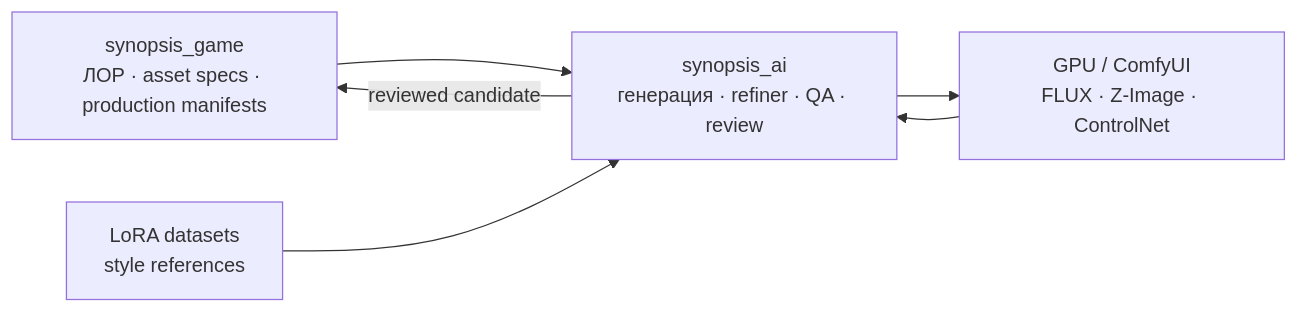
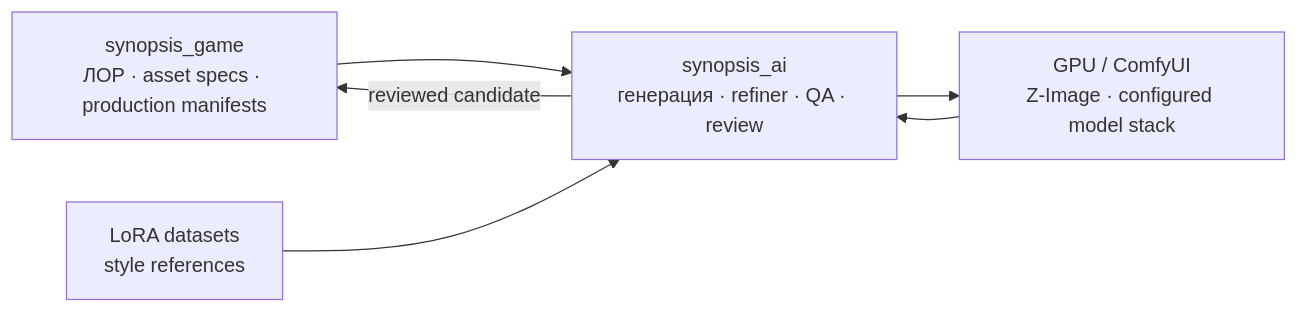
The third of 3 diagrams in README.md (f2re/synopsis_ai), drawn with Mermaid before and after one commit. The commit also changed other lines of this file, not shown here.

````diff
--- a/README.md
+++ b/README.md
@@ -375,13 +376,13 @@
 ```mermaid
 flowchart LR
     G["synopsis_game\nЛОР · asset specs · production manifests"]
     AI["synopsis_ai\nгенерация · refiner · QA · review"]
-    GPU["GPU / ComfyUI\nFLUX · Z-Image · ControlNet"]
+    GPU["GPU / ComfyUI\nZ-Image · configured model stack"]
     DS["LoRA datasets\nstyle references"]
 
     G --> AI
     DS --> AI
     AI --> GPU
     GPU --> AI
     AI -->|reviewed candidate| G
 ```
````
